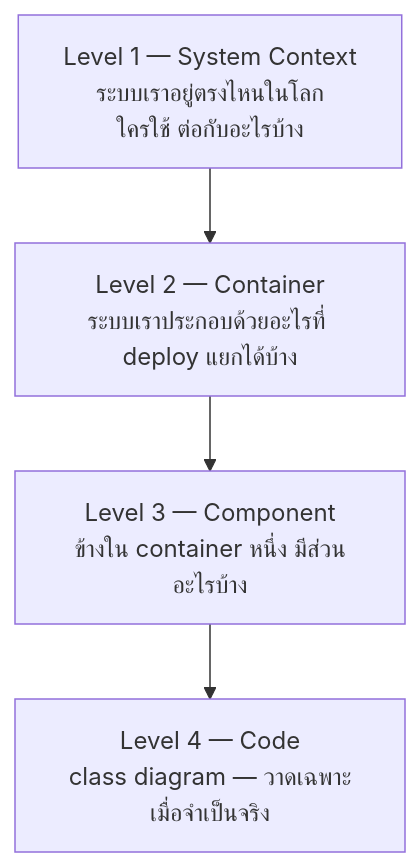
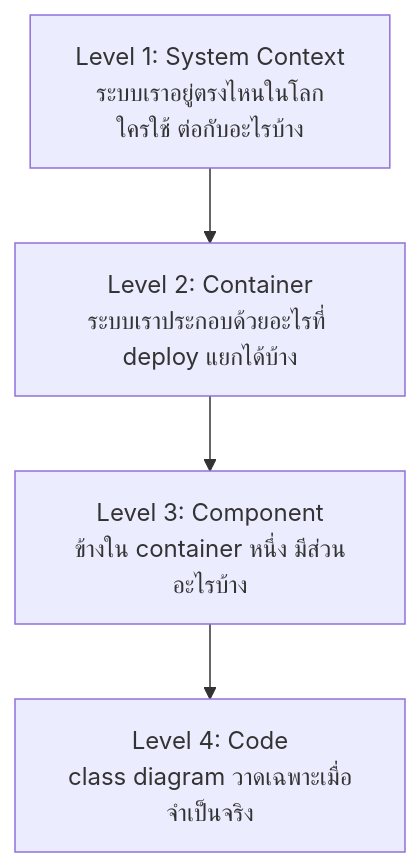
One commit to CE-SDPX/SDPX-AI changed the third of 25 diagrams in readings/04-system-architecture-design.md. Above: the diagram before and after it, drawn with Mermaid. The commit also changed other lines of this file and 6 other files, not shown here.

````diff
--- a/readings/04-system-architecture-design.md
+++ b/readings/04-system-architecture-design.md
@@ -118,9 +117,9 @@
 ```mermaid
 flowchart TB
-    L1["Level 1 — System Context<br/>ระบบเราอยู่ตรงไหนในโลก<br/>ใครใช้ ต่อกับอะไรบ้าง"]
-    L2["Level 2 — Container<br/>ระบบเราประกอบด้วยอะไรที่ deploy แยกได้บ้าง"]
-    L3["Level 3 — Component<br/>ข้างใน container หนึ่ง มีส่วนอะไรบ้าง"]
-    L4["Level 4 — Code<br/>class diagram — วาดเฉพาะเมื่อจำเป็นจริง"]
+    L1["Level 1: System Context<br/>ระบบเราอยู่ตรงไหนในโลก<br/>ใครใช้ ต่อกับอะไรบ้าง"]
+    L2["Level 2: Container<br/>ระบบเราประกอบด้วยอะไรที่ deploy แยกได้บ้าง"]
+    L3["Level 3: Component<br/>ข้างใน container หนึ่ง มีส่วนอะไรบ้าง"]
+    L4["Level 4: Code<br/>class diagram วาดเฉพาะเมื่อจำเป็นจริง"]
 
     L1 --> L2 --> L3 --> L4
 ```
````
